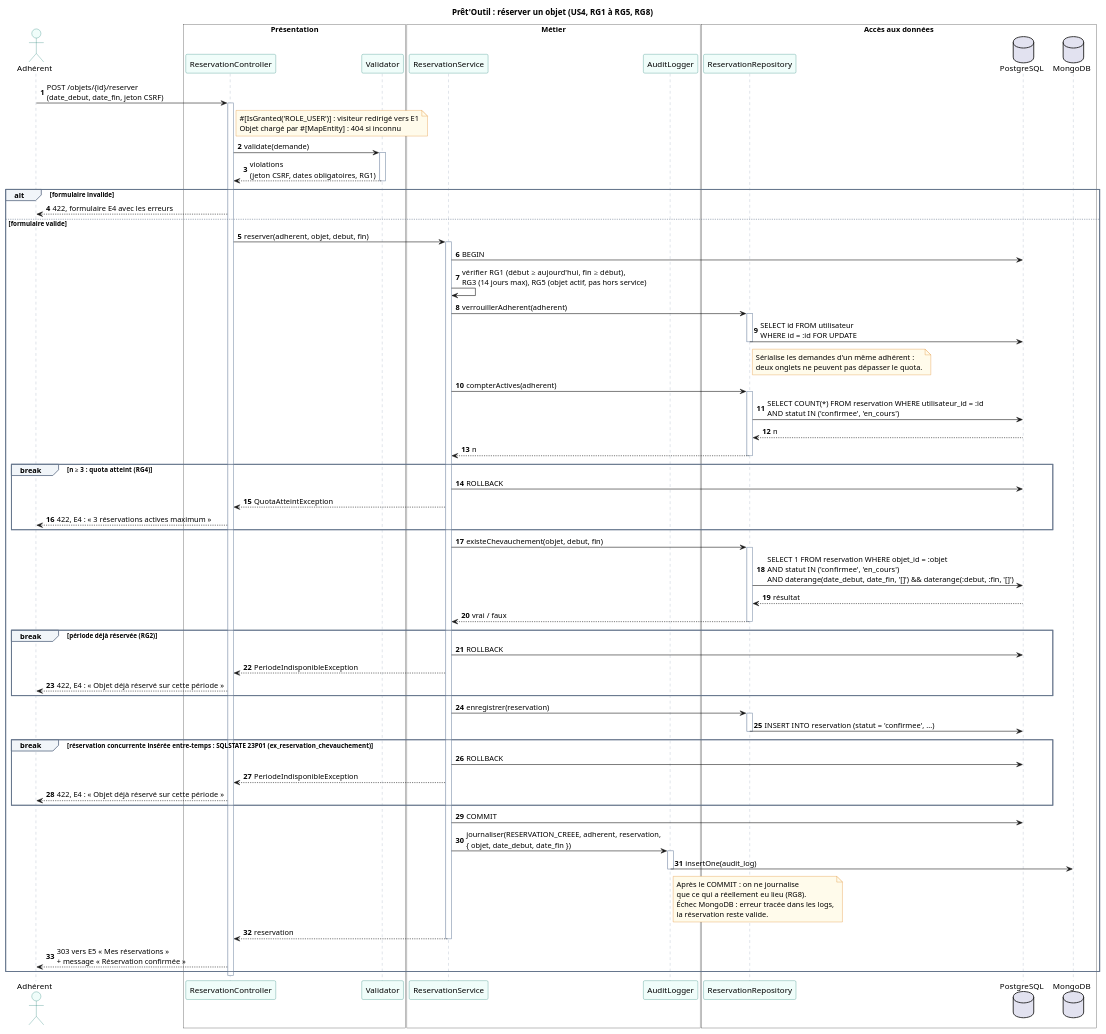
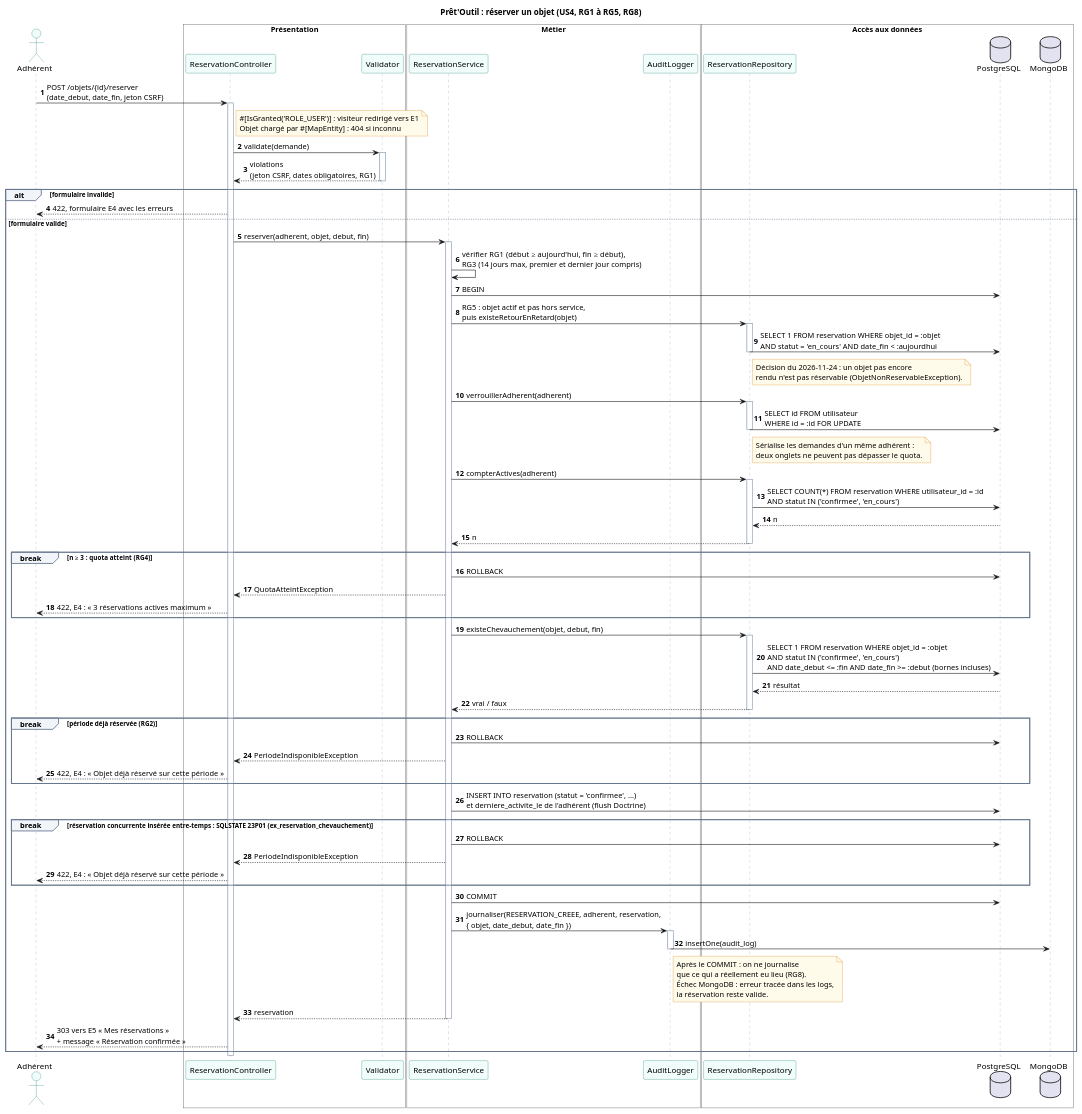
One commit to IamArayel/MSP2-PretOutil changed the diagram in docs/diagrammes/sequence-reserver.puml. Above: the diagram before and after it, drawn with PlantUML. The commit also changed 6 other files, not shown here.

First line of the commit message:
docs(reservation): documente ReservationService et aligne le diagramme de séquence

```diff
--- a/docs/diagrammes/sequence-reserver.puml
+++ b/docs/diagrammes/sequence-reserver.puml
@@ -1,128 +1,134 @@
 @startuml sequence-reserver
 ' Prêt'Outil : diagramme de séquence « Réserver un objet » (US4, ticket #7)
 ' Régénérer : plantuml -tsvg docs/diagrammes/sequence-reserver.puml
 '             puis rsvg-convert -b white -z 1.5 docs/diagrammes/sequence-reserver.svg -o docs/diagrammes/sequence-reserver.png
 title Prêt'Outil : réserver un objet (US4, RG1 à RG5, RG8)
 
 skinparam backgroundColor #FFFFFF
 skinparam shadowing false
 skinparam defaultFontName Helvetica
 skinparam sequence {
   ParticipantBorderColor #0F766E
   ParticipantBackgroundColor #F0FDFA
   ActorBorderColor #0F766E
   ActorBackgroundColor #F0FDFA
   DatabaseBorderColor #0F766E
   DatabaseBackgroundColor #F0FDFA
   LifeLineBorderColor #94A3B8
   GroupBorderColor #64748B
   GroupBackgroundColor #F1F5F9
 }
 skinparam note {
   BackgroundColor #FFFBEB
   BorderColor #D97706
 }
 autonumber
 
 actor "Adhérent" as A
 box "Présentation" #FFFFFF
   participant "ReservationController" as C
   participant "Validator" as V
 end box
 box "Métier" #FFFFFF
   participant "ReservationService" as S
   participant "AuditLogger" as L
 end box
 box "Accès aux données" #FFFFFF
   participant "ReservationRepository" as R
   database "PostgreSQL" as PG
   database "MongoDB" as M
 end box
 
 A -> C : POST /objets/{id}/reserver\n(date_debut, date_fin, jeton CSRF)
 activate C
 note right of C
   ~#[IsGranted('ROLE_USER')] : visiteur redirigé vers E1
   Objet chargé par ~#[MapEntity] : 404 si inconnu
 end note
 
 C -> V : validate(demande)
 activate V
 V --> C : violations\n(jeton CSRF, dates obligatoires, RG1)
 deactivate V
 
 alt formulaire invalide
   C --> A : 422, formulaire E4 avec les erreurs
 else formulaire valide
   C -> S : reserver(adherent, objet, debut, fin)
   activate S
 
+  S -> S : vérifier RG1 (début ≥ aujourd'hui, fin ≥ début),\nRG3 (14 jours max, premier et dernier jour compris)
   S -> PG : BEGIN
-  S -> S : vérifier RG1 (début ≥ aujourd'hui, fin ≥ début),\nRG3 (14 jours max), RG5 (objet actif, pas hors service)
+
+  S -> R : RG5 : objet actif et pas hors service,\npuis existeRetourEnRetard(objet)
+  activate R
+  R -> PG : SELECT 1 FROM reservation WHERE objet_id = :objet\nAND statut = 'en_cours' AND date_fin < :aujourdhui
+  deactivate R
+  note right of R
+    Décision du 2026-11-24 : un objet pas encore
+    rendu n'est pas réservable (ObjetNonReservableException).
+  end note
 
   S -> R : verrouillerAdherent(adherent)
   activate R
   R -> PG : SELECT id FROM utilisateur\nWHERE id = :id FOR UPDATE
   deactivate R
   note right of R
     Sérialise les demandes d'un même adhérent :
     deux onglets ne peuvent pas dépasser le quota.
   end note
 
   S -> R : compterActives(adherent)
   activate R
   R -> PG : SELECT COUNT(*) FROM reservation WHERE utilisateur_id = :id\nAND statut IN ('confirmee', 'en_cours')
   PG --> R : n
   R --> S : n
   deactivate R
 
   break n ≥ 3 : quota atteint (RG4)
     S -> PG : ROLLBACK
     S --> C : QuotaAtteintException
     C --> A : 422, E4 : « 3 réservations actives maximum »
   end
 
   S -> R : existeChevauchement(objet, debut, fin)
   activate R
-  R -> PG : SELECT 1 FROM reservation WHERE objet_id = :objet\nAND statut IN ('confirmee', 'en_cours')\nAND daterange(date_debut, date_fin, '[]') && daterange(:debut, :fin, '[]')
+  R -> PG : SELECT 1 FROM reservation WHERE objet_id = :objet\nAND statut IN ('confirmee', 'en_cours')\nAND date_debut <= :fin AND date_fin >= :debut (bornes incluses)
   PG --> R : résultat
   R --> S : vrai / faux
   deactivate R
 
   break période déjà réservée (RG2)
     S -> PG : ROLLBACK
     S --> C : PeriodeIndisponibleException
     C --> A : 422, E4 : « Objet déjà réservé sur cette période »
   end
 
-  S -> R : enregistrer(reservation)
-  activate R
-  R -> PG : INSERT INTO reservation (statut = 'confirmee', ...)
-  deactivate R
+  S -> PG : INSERT INTO reservation (statut = 'confirmee', ...)\net derniere_activite_le de l'adhérent (flush Doctrine)
 
   break réservation concurrente insérée entre-temps : SQLSTATE 23P01 (ex_reservation_chevauchement)
     S -> PG : ROLLBACK
     S --> C : PeriodeIndisponibleException
     C --> A : 422, E4 : « Objet déjà réservé sur cette période »
   end
 
   S -> PG : COMMIT
 
   S -> L : journaliser(RESERVATION_CREEE, adherent, reservation,\n{ objet, date_debut, date_fin })
   activate L
   L -> M : insertOne(audit_log)
   note right of L
     Après le COMMIT : on ne journalise
     que ce qui a réellement eu lieu (RG8).
     Échec MongoDB : erreur tracée dans les logs,
     la réservation reste valide.
   end note
   deactivate L
 
   S --> C : reservation
   deactivate S
   C --> A : 303 vers E5 « Mes réservations »\n+ message « Réservation confirmée »
 end
 deactivate C
 
 @enduml
```
